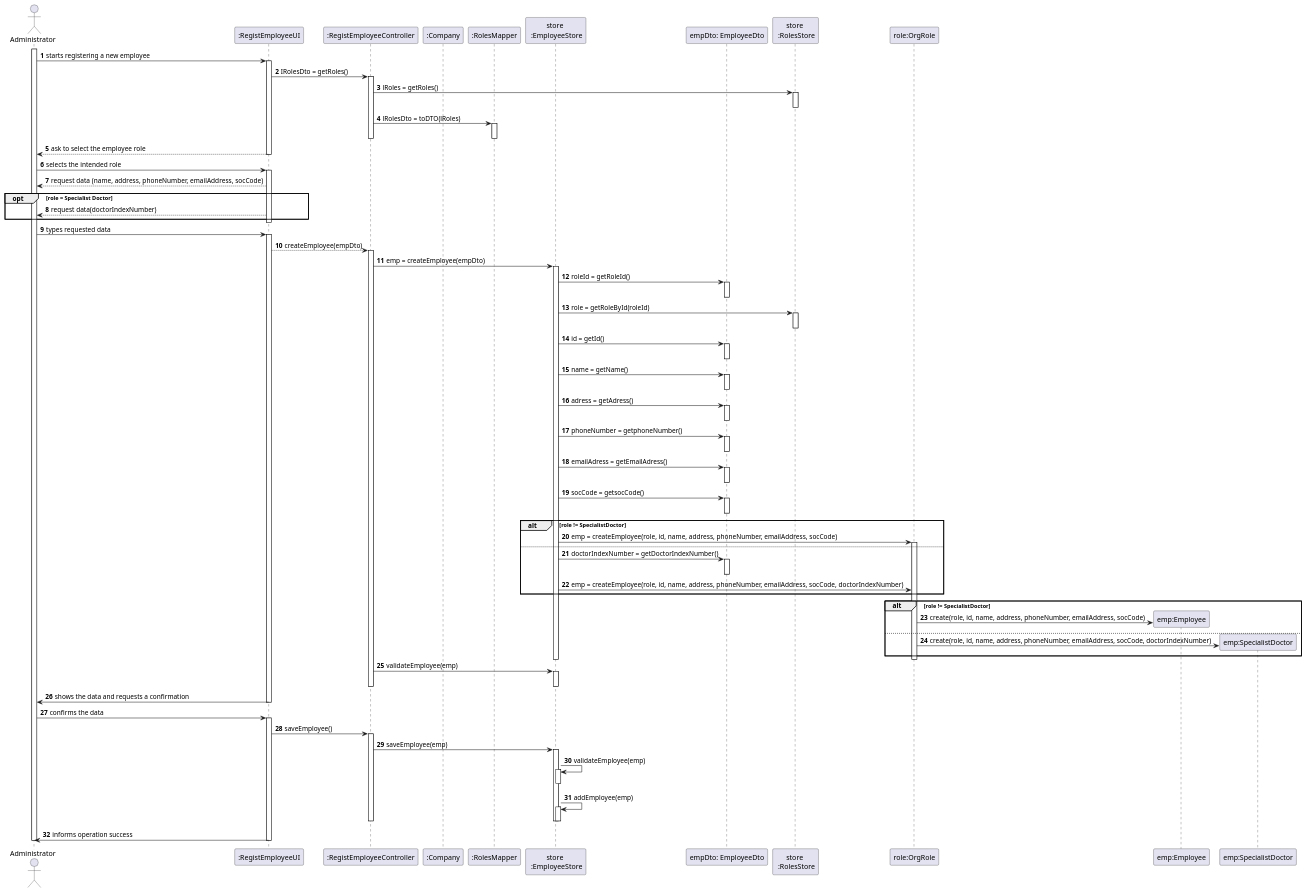
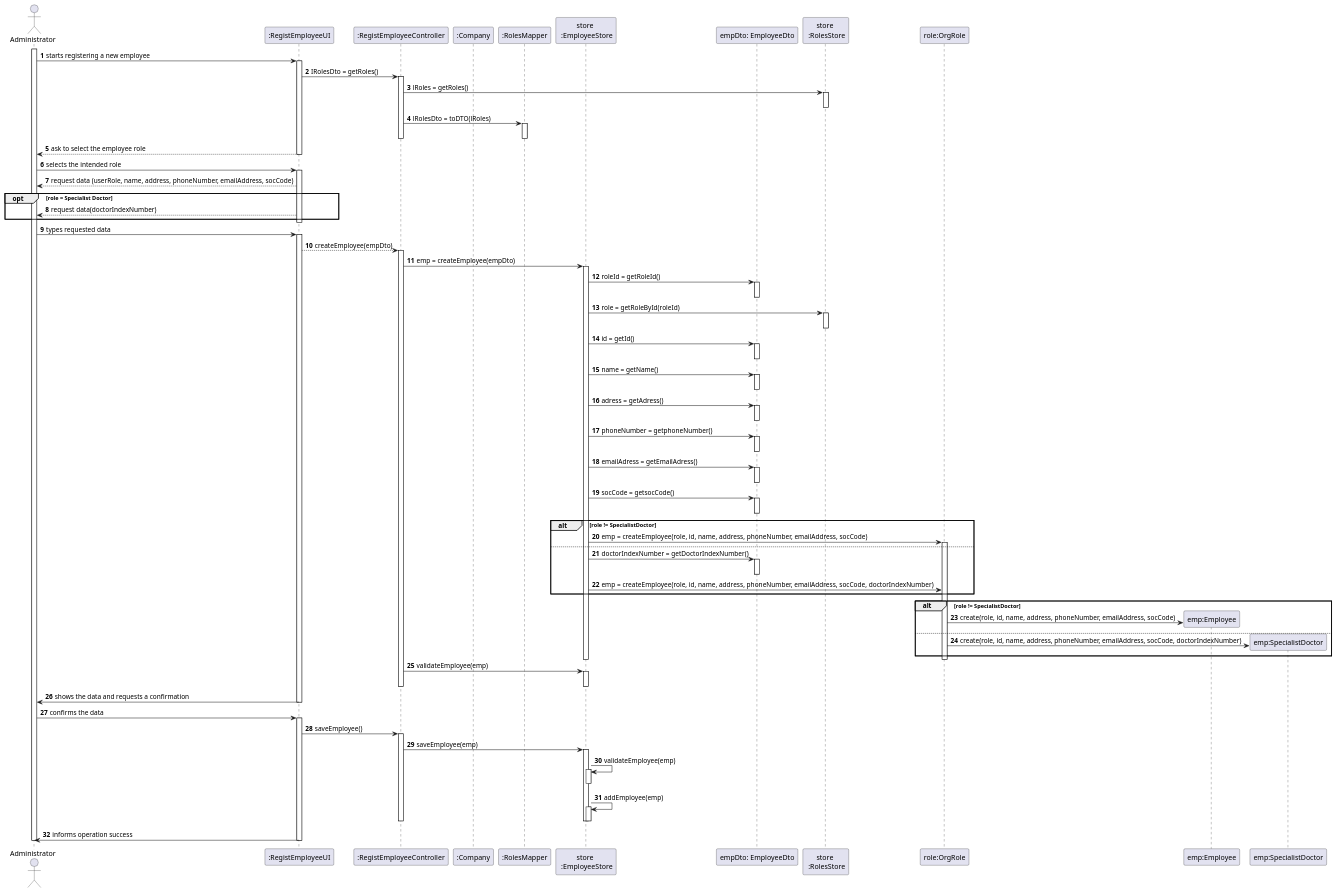
One commit to Pedromaia26/LAPR2-ISEP changed the diagram in docs/SprintB/US7_CreateEmployee/US007_SD.puml. Above: the diagram before and after it, drawn with PlantUML.

Commit message:
Typed data SD US7

```diff
--- a/docs/SprintB/US7_CreateEmployee/US007_SD.puml
+++ b/docs/SprintB/US7_CreateEmployee/US007_SD.puml
@@ -1,110 +1,110 @@
 @startuml
 actor Administrator as Adm
 participant ":RegistEmployeeUI" as Interface
 participant ":RegistEmployeeController" as Controller
 participant ":Company" as Company
 participant ":RolesMapper" as RolesMapper
 participant "store \n :EmployeeStore" as estore
 participant "empDto: EmployeeDto" as EmployeeDto
 participant "store \n :RolesStore" as rstore
 participant "role:OrgRole" as OrgRole
  
  
 autonumber
 activate Adm
 Adm -> Interface: starts registering a new employee
 activate Interface
 Interface -> Controller: IRolesDto = getRoles()
 activate Controller
 Controller -> rstore: lRoles = getRoles()
 activate rstore
 deactivate rstore
 Controller -> RolesMapper: lRolesDto = toDTO(lRoles)
 activate RolesMapper
 deactivate RolesMapper
 deactivate Controller
 Interface --> Adm: ask to select the employee role
 deactivate Interface
 Adm -> Interface: selects the intended role
 activate Interface
-Interface --> Adm: request data (name, address, phoneNumber, emailAddress, socCode)
+Interface --> Adm: request data (userRole, name, address, phoneNumber, emailAddress, socCode)
 opt role = Specialist Doctor
     Interface --> Adm: request data(doctorIndexNumber)
 end
 deactivate Interface
  
  
 Adm -> Interface: types requested data
 activate Interface
 Interface --> Controller: createEmployee(empDto)
 activate Controller
 Controller -> estore: emp = createEmployee(empDto)
 activate estore
 estore -> EmployeeDto: roleId = getRoleId()
 activate EmployeeDto
 deactivate EmployeeDto
 estore -> rstore: role = getRoleById(roleId)
 activate rstore
 deactivate rstore
 estore -> EmployeeDto: id = getId()
 activate EmployeeDto
 deactivate EmployeeDto
 estore -> EmployeeDto: name = getName()
 activate EmployeeDto
 deactivate EmployeeDto
 estore -> EmployeeDto: adress = getAdress()
 activate EmployeeDto
 deactivate EmployeeDto
 estore -> EmployeeDto: phoneNumber = getphoneNumber()
 activate EmployeeDto
 deactivate EmployeeDto
 estore -> EmployeeDto: emailAdress = getEmailAdress()
 activate EmployeeDto
 deactivate EmployeeDto
 estore -> EmployeeDto: socCode = getsocCode()
 activate EmployeeDto
 deactivate EmployeeDto
 alt role != SpecialistDoctor
     estore -> OrgRole: emp = createEmployee(role, id, name, address, phoneNumber, emailAddress, socCode)
     activate OrgRole
 else
     estore -> EmployeeDto: doctorIndexNumber = getDoctorIndexNumber()
     activate EmployeeDto
     deactivate EmployeeDto
     estore -> OrgRole: emp = createEmployee(role, id, name, address, phoneNumber, emailAddress, socCode, doctorIndexNumber)
 end
 alt role != SpecialistDoctor
     create "emp:Employee" as Employee
     OrgRole -> Employee: create(role, id, name, address, phoneNumber, emailAddress, socCode)
 else
     create "emp:SpecialistDoctor" as Doctor
     OrgRole -> Doctor:create(role, id, name, address, phoneNumber, emailAddress, socCode, doctorIndexNumber)
 end
 deactivate OrgRole
 deactivate estore
 Controller -> estore: validateEmployee(emp)
 activate estore
 deactivate estore
 deactivate Controller
 
 Interface -> Adm: shows the data and requests a confirmation
 deactivate Interface
 Adm -> Interface: confirms the data
 
 activate Interface
 Interface -> Controller: saveEmployee()
 activate Controller
 Controller -> estore: saveEmployee(emp)
 activate estore
 estore -> estore: validateEmployee(emp)
 activate estore
 deactivate estore
 estore -> estore: addEmployee(emp)
 activate estore
 deactivate estore
 deactivate estore
 deactivate Controller
 Interface -> Adm: informs operation success
 deactivate Interface
 deactivate Adm
 @enduml
```
